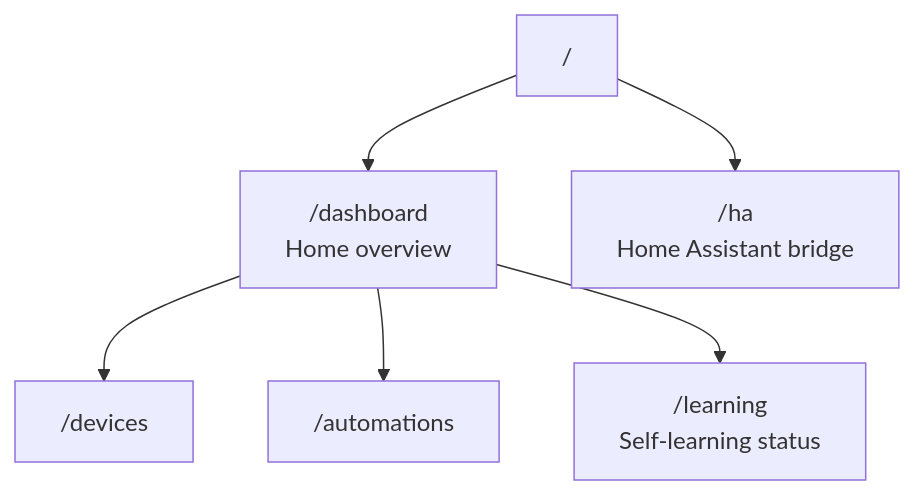
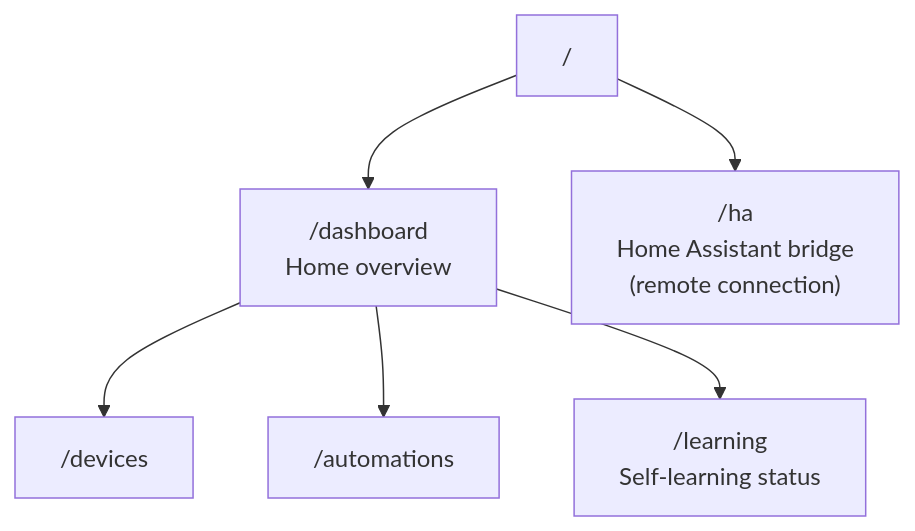
The tenth of 11 diagrams in Architecture.md (lmthing/lmthing), drawn with Mermaid before and after one commit. The commit also changed other lines of this file and 985 other files, not shown here.

````diff
--- a/Architecture.md
+++ b/Architecture.md
@@ -279,8 +279,8 @@
 ```mermaid
 graph TD
     Root["/"] --> Dashboard["/dashboard<br/>Home overview"]
     Dashboard --> Devices["/devices"]
     Dashboard --> Automations["/automations"]
     Dashboard --> Learning["/learning<br/>Self-learning status"]
-    Root --> HA["/ha<br/>Home Assistant bridge"]
+    Root --> HA["/ha<br/>Home Assistant bridge<br/>(remote connection)"]
 ```
````
